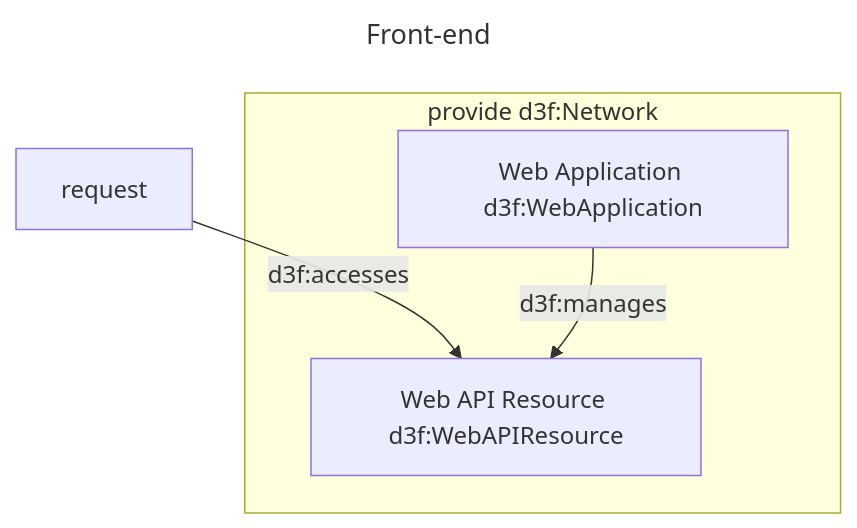
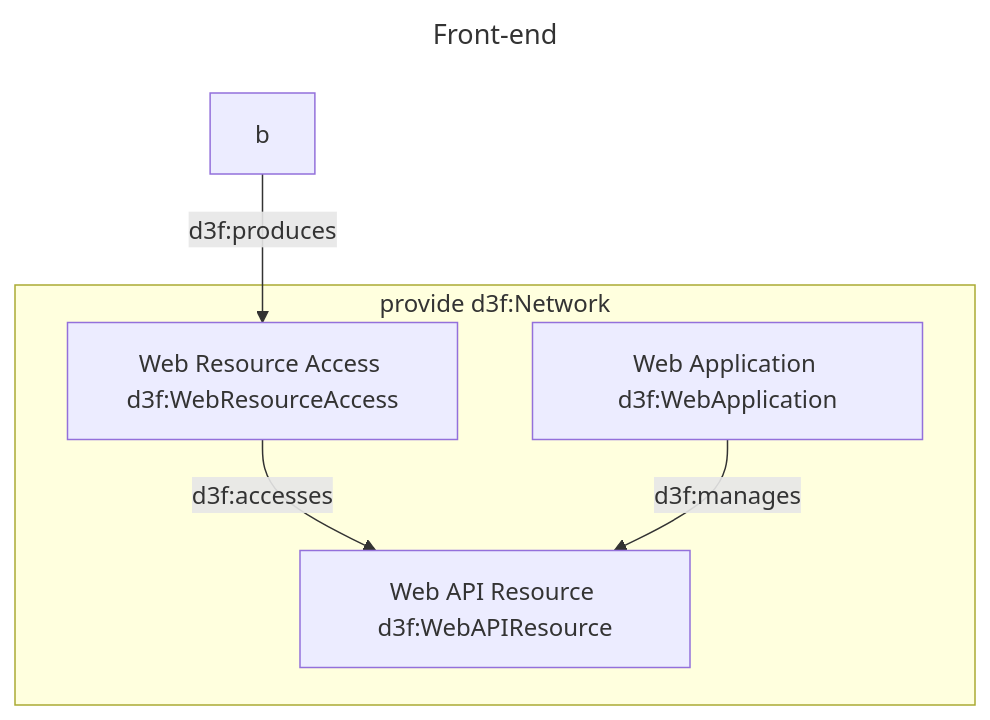
Before and after one commit to ioggstream/d3sign: the second of 4 diagrams in app/src/data/examples/003-webapp.md, drawn with Mermaid. The commit also changed other lines of this file and 9 other files, not shown here.

````diff
--- a/app/src/data/examples/003-webapp.md
+++ b/app/src/data/examples/003-webapp.md
@@ -28,15 +26,17 @@
 ```mermaid
 ---
 id: fe
 title: Front-end
 ---
 graph
 
 subgraph provider[provide d3f:Network]
+request[Web Resource Access d3f:WebResourceAccess]
 a[Web Application d3f:WebApplication]
 api[Web API Resource d3f:WebAPIResource]
 end
 
+b -->|d3f:produces| request
 request -->|d3f:accesses| api
 a -->|d3f:manages| api
 ```
````
